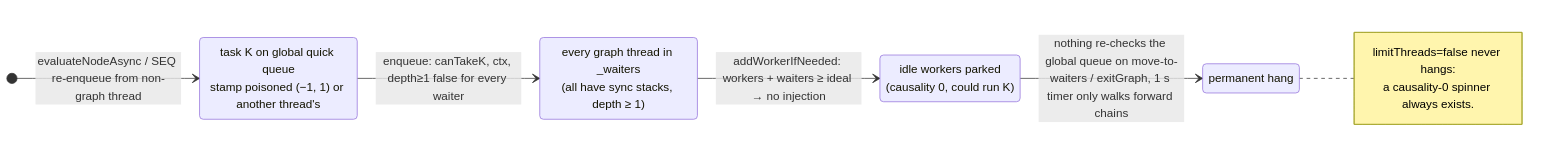
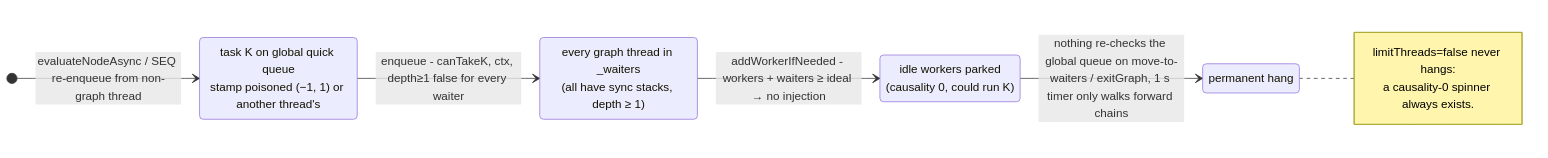
Before and after one commit to retronym/optimus-cirrus: the sixth of 7 diagrams in SCHEDULER_REVIEW.md, drawn with Mermaid. The commit also changed 2 other files, not shown here.

Commit message:
Diagrams: single colon per state-transition label (validated with mermaid 10.9/11.4)

````diff
--- a/SCHEDULER_REVIEW.md
+++ b/SCHEDULER_REVIEW.md
@@ -341,17 +341,17 @@
 ```mermaid
 stateDiagram-v2
     direction LR
     work: task K on global quick queue<br/>stamp poisoned (−1, 1) or another thread's
     waiting: every graph thread in _waiters<br/>(all have sync stacks, depth ≥ 1)
     idle: idle workers parked<br/>(causality 0, could run K)
     hang: permanent hang
 
     [*] --> work: evaluateNodeAsync / SEQ re-enqueue from non-graph thread
-    work --> waiting: enqueue: canTakeK, ctx, depth≥1 false for every waiter
-    waiting --> idle: addWorkerIfNeeded: workers + waiters ≥ ideal → no injection
+    work --> waiting: enqueue - canTakeK, ctx, depth≥1 false for every waiter
+    waiting --> idle: addWorkerIfNeeded - workers + waiters ≥ ideal → no injection
     idle --> hang: nothing re-checks the global queue on move-to-waiters / exitGraph, 1 s timer only walks forward chains
     note right of hang
         limitThreads=false never hangs:
         a causality-0 spinner always exists.
     end note
 ```
````
